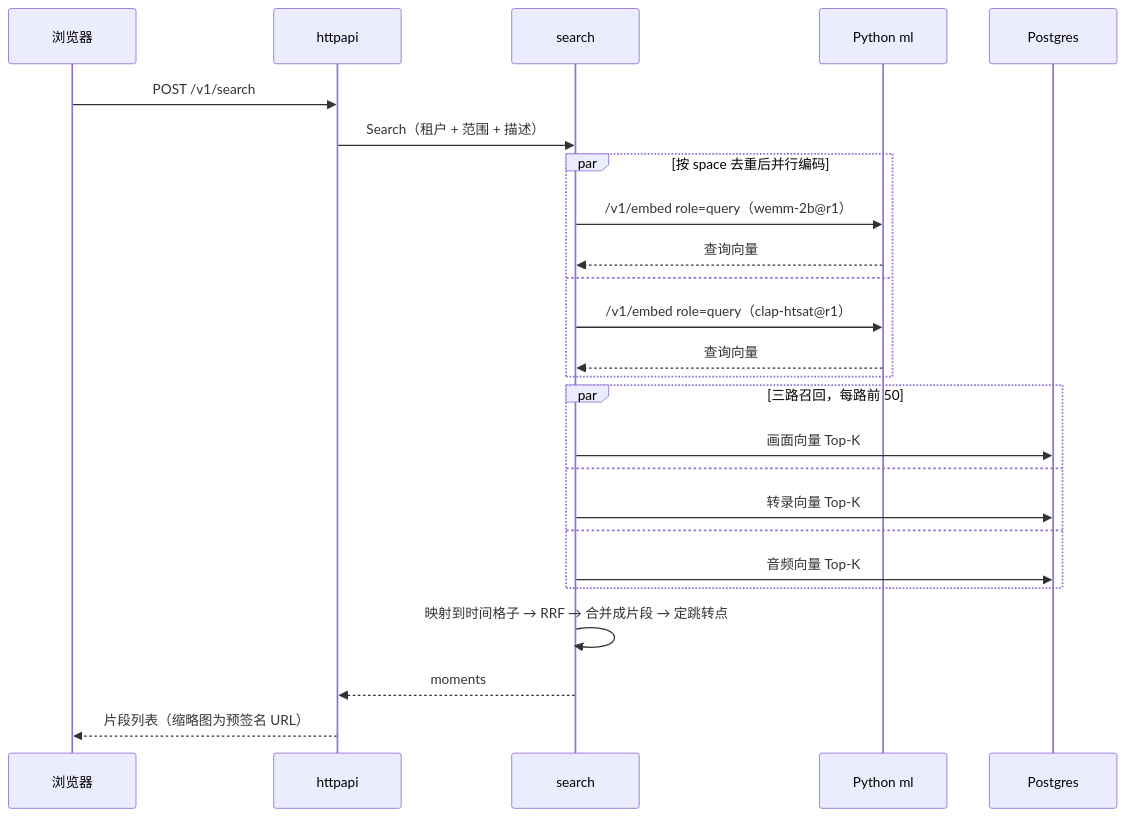
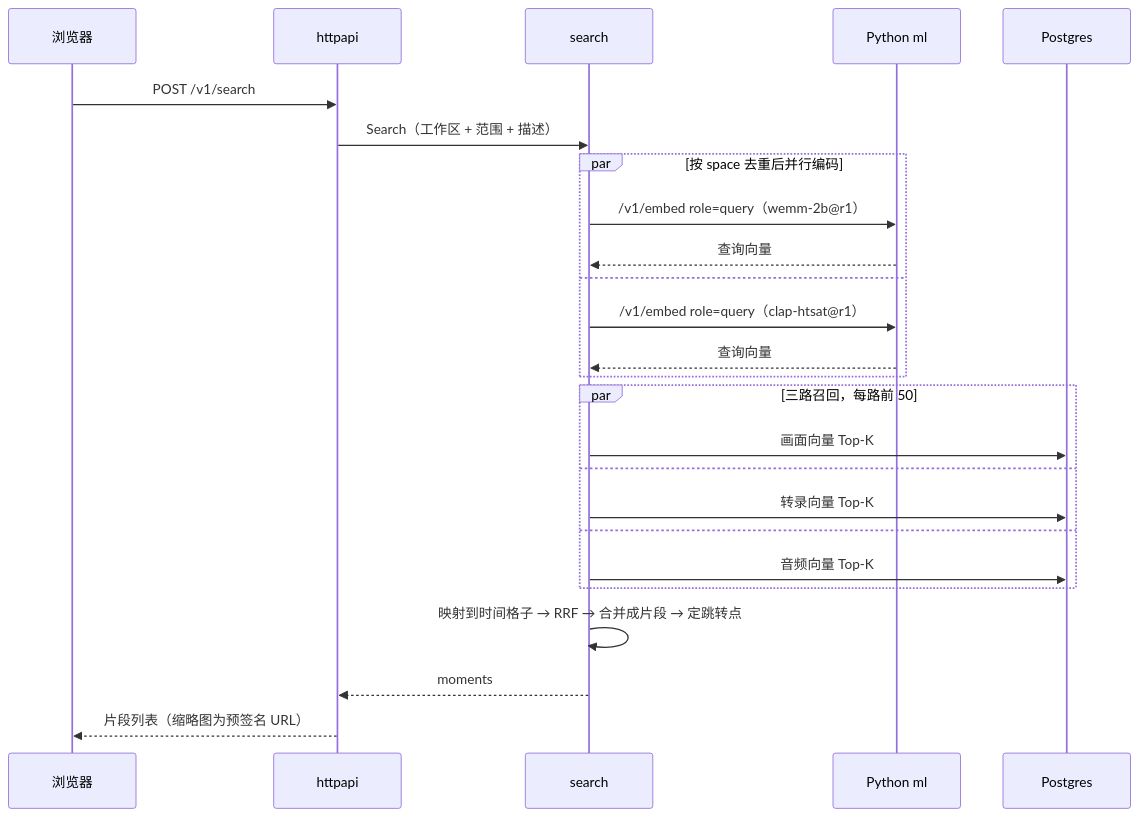
Before and after one commit to realOzine/videohelper: diagram 11 of 17 in docs/design.md, drawn with Mermaid. The commit also changed other lines of this file and 5 other files, not shown here.

````diff
--- a/docs/design.md
+++ b/docs/design.md
@@ -489,28 +490,28 @@
 ```mermaid
 sequenceDiagram
   participant B as 浏览器
   participant A as httpapi
   participant S as search
   participant P as Python ml
   participant G as Postgres
 
   B->>A: POST /v1/search
-  A->>S: Search（租户 + 范围 + 描述）
+  A->>S: Search（工作区 + 范围 + 描述）
   par 按 space 去重后并行编码
     S->>P: /v1/embed role=query（wemm-2b@r1）
     P-->>S: 查询向量
   and
     S->>P: /v1/embed role=query（clap-htsat@r1）
     P-->>S: 查询向量
   end
   par 三路召回，每路前 50
     S->>G: 画面向量 Top-K
   and
     S->>G: 转录向量 Top-K
   and
     S->>G: 音频向量 Top-K
   end
   S->>S: 映射到时间格子 → RRF → 合并成片段 → 定跳转点
   S-->>A: moments
   A-->>B: 片段列表（缩略图为预签名 URL）
 ```
````
